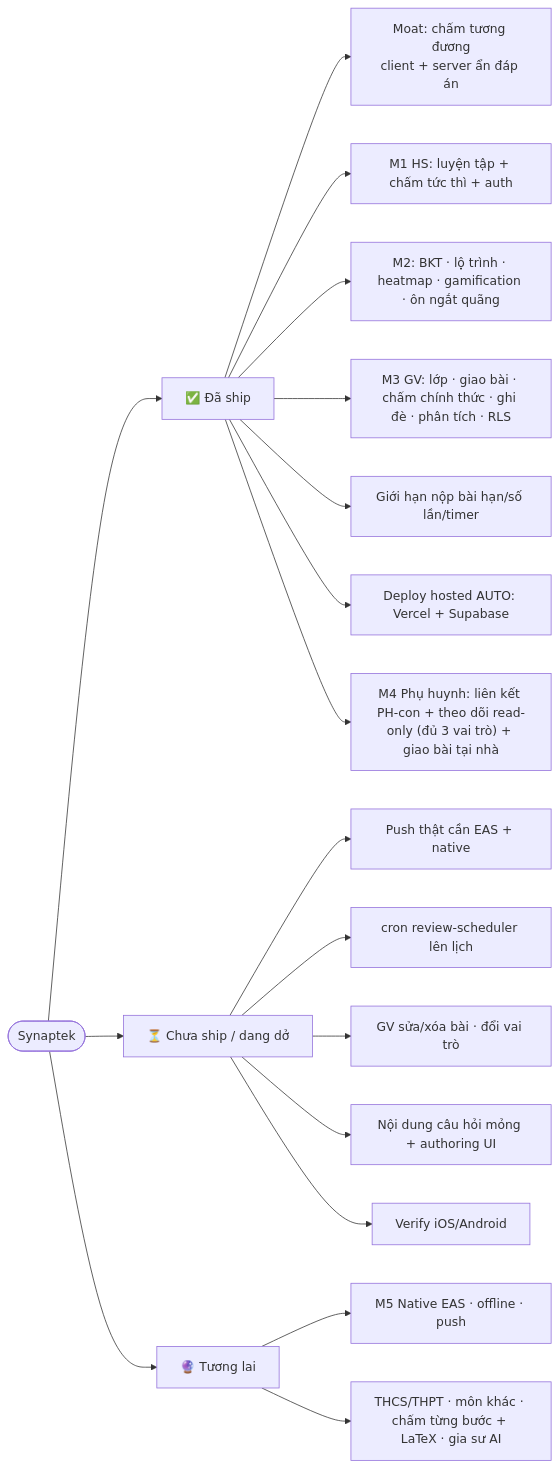
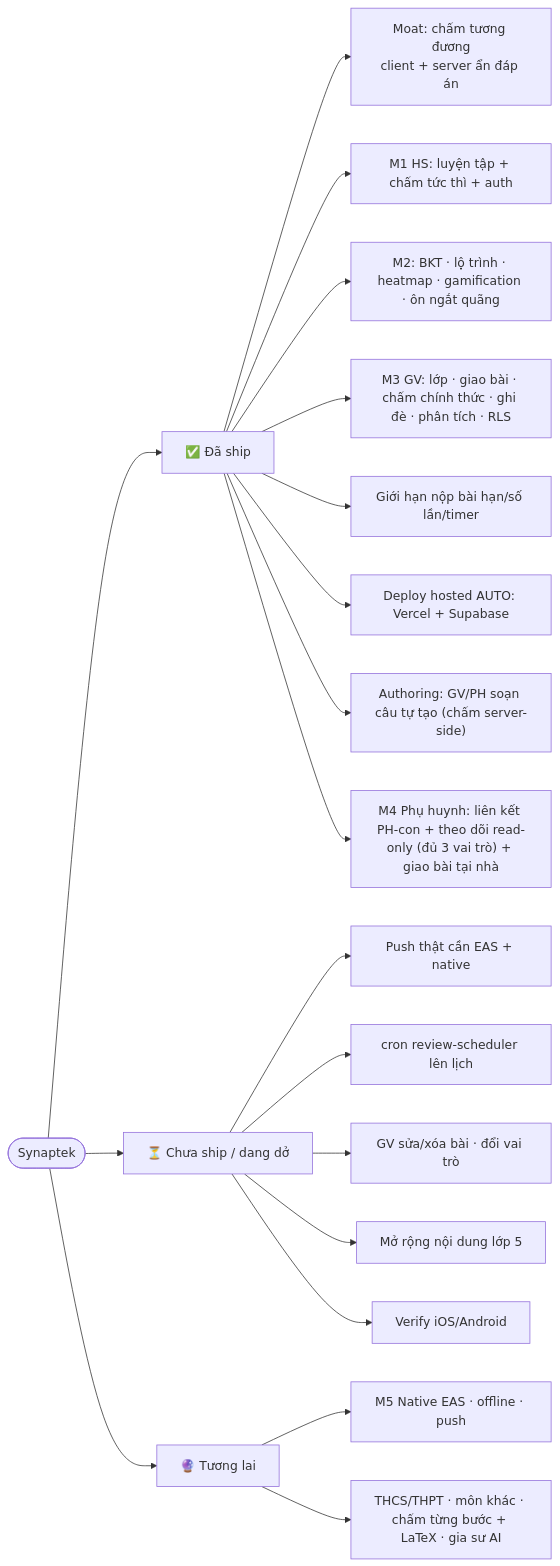
One commit to hoanghainh1188/synaptek changed the second of 2 diagrams in docs/FEATURE-MAP.md. Above: the diagram before and after it, drawn with Mermaid. The commit also changed other lines of this file and 11 other files, not shown here.

First line of the commit message:
feat: authoring — GV/PH tự soạn câu hỏi (mcq/numeric/fraction) (#24)

````diff
--- a/docs/FEATURE-MAP.md
+++ b/docs/FEATURE-MAP.md
@@ -57,24 +58,25 @@
 ```mermaid
 flowchart LR
   S([Synaptek])
   S --> SHIPPED["✅ Đã ship"]
   S --> WIP["⏳ Chưa ship / dang dở"]
   S --> FUTURE["🔮 Tương lai"]
 
   SHIPPED --> A1["Moat: chấm tương đương<br/>client + server ẩn đáp án"]
   SHIPPED --> A2["M1 HS: luyện tập + chấm tức thì + auth"]
   SHIPPED --> A3["M2: BKT · lộ trình · heatmap · gamification · ôn ngắt quãng"]
   SHIPPED --> A4["M3 GV: lớp · giao bài · chấm chính thức · ghi đè · phân tích · RLS"]
   SHIPPED --> A5["Giới hạn nộp bài hạn/số lần/timer"]
   SHIPPED --> A6["Deploy hosted AUTO: Vercel + Supabase"]
 
   WIP --> B1["Push thật cần EAS + native"]
   WIP --> B2["cron review-scheduler lên lịch"]
   WIP --> B3["GV sửa/xóa bài · đổi vai trò"]
-  WIP --> B4["Nội dung câu hỏi mỏng + authoring UI"]
+  SHIPPED --> A8["Authoring: GV/PH soạn câu tự tạo (chấm server-side)"]
+  WIP --> B4["Mở rộng nội dung lớp 5"]
   WIP --> B5["Verify iOS/Android"]
 
   SHIPPED --> A7["M4 Phụ huynh: liên kết PH-con + theo dõi read-only (đủ 3 vai trò) + giao bài tại nhà"]
   FUTURE --> C2["M5 Native EAS · offline · push"]
   FUTURE --> C3["THCS/THPT · môn khác · chấm từng bước + LaTeX · gia sư AI"]
 ```
````
